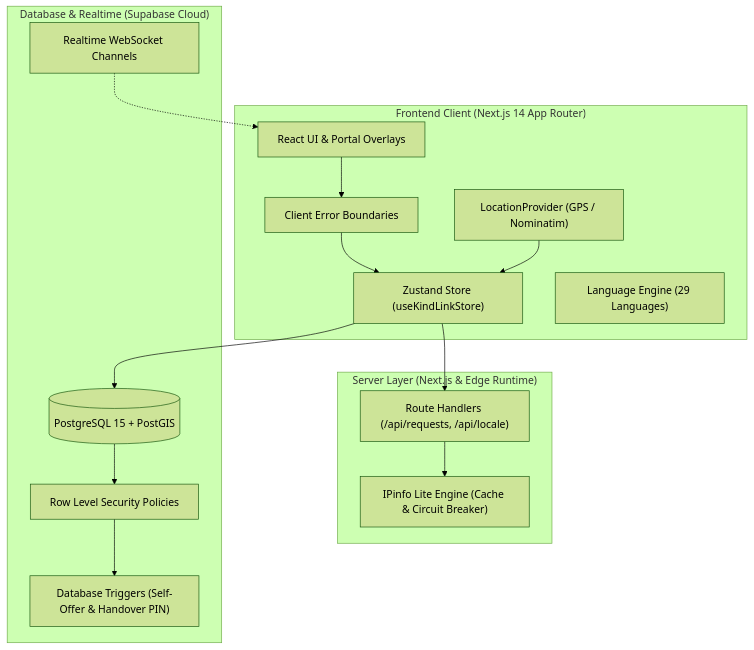
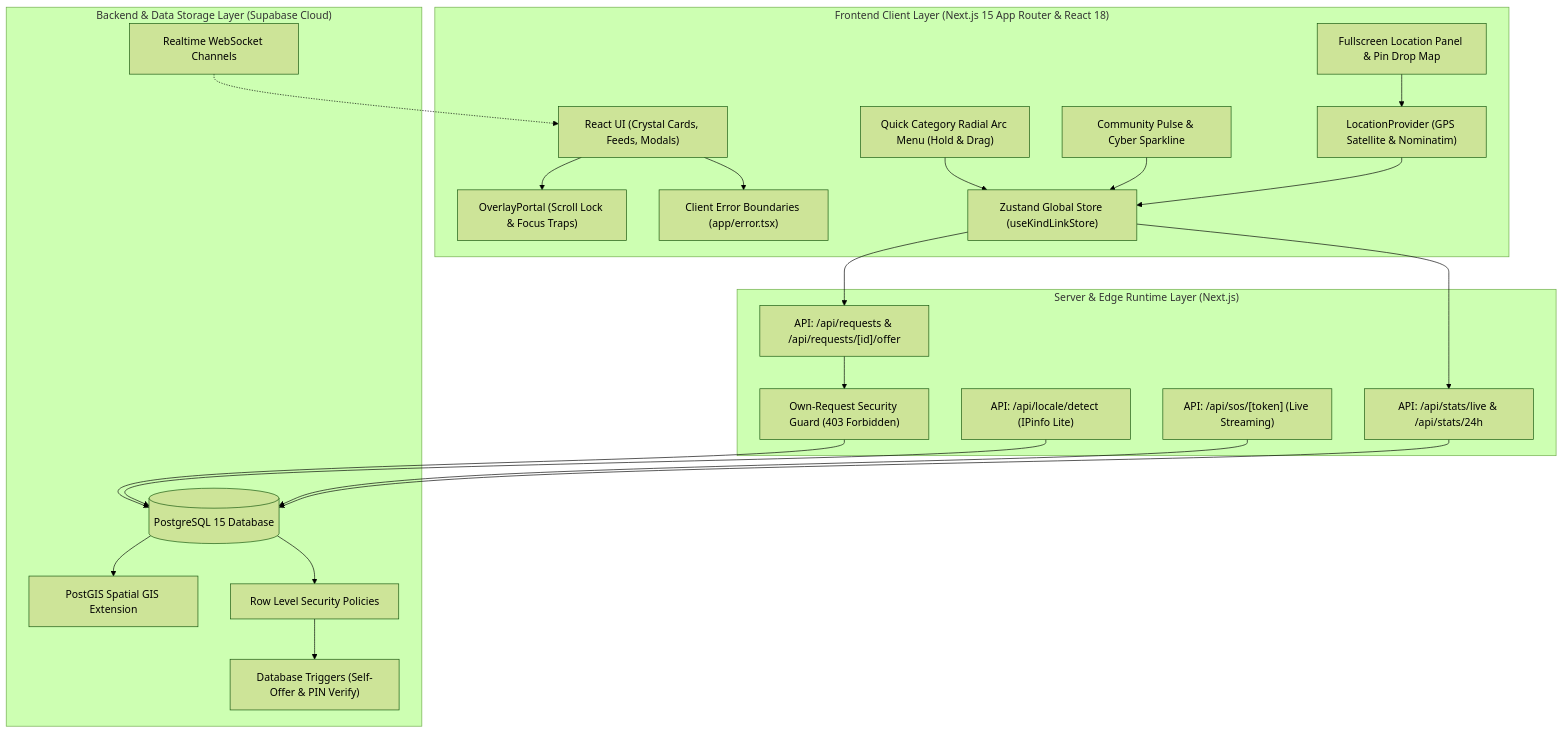
The second of 2 diagrams in README.md (krishkumarcodes/KindLink), drawn with Mermaid (forest theme) before and after one commit. The commit also changed other lines of this file and 10 other files, not shown here.

````diff
--- a/README.md
+++ b/README.md
@@ -403,32 +463,47 @@
 ```mermaid
 flowchart TD
-    subgraph Client["Frontend Client (Next.js 14 App Router)"]
-        UI["React UI & Portal Overlays"]
-        Zustand["Zustand Store (useKindLinkStore)"]
-        Location["LocationProvider (GPS / Nominatim)"]
-        Translate["Language Engine (29 Languages)"]
-        ErrorBoundary["Client Error Boundaries"]
+    subgraph Client["Frontend Client Layer (Next.js 15 App Router & React 18)"]
+        UI["React UI (Crystal Cards, Feeds, Modals)"]
+        ArcMenu["Quick Category Radial Arc Menu (Hold & Drag)"]
+        Pulse["Community Pulse & Cyber Sparkline"]
+        LocPanel["Fullscreen Location Panel & Pin Drop Map"]
+        Zustand["Zustand Global Store (useKindLinkStore)"]
+        LocProvider["LocationProvider (GPS Satellite & Nominatim)"]
+        Overlays["OverlayPortal (Scroll Lock & Focus Traps)"]
+        ErrorB["Client Error Boundaries (app/error.tsx)"]
     end
 
-    subgraph Server["Server Layer (Next.js & Edge Runtime)"]
-        API["Route Handlers (/api/requests, /api/locale)"]
-        IPinfo["IPinfo Lite Engine (Cache & Circuit Breaker)"]
+    subgraph Server["Server & Edge Runtime Layer (Next.js)"]
+        API_Req["API: /api/requests & /api/requests/[id]/offer"]
+        API_Pulse["API: /api/stats/live & /api/stats/24h"]
+        API_Locale["API: /api/locale/detect (IPinfo Lite)"]
+        API_SOS["API: /api/sos/[token] (Live Streaming)"]
+        Guard["Own-Request Security Guard (403 Forbidden)"]
     end
 
-    subgraph Backend["Database & Realtime (Supabase Cloud)"]
-        Postgres[("PostgreSQL 15 + PostGIS")]
+    subgraph Backend["Backend & Data Storage Layer (Supabase Cloud)"]
+        Postgres[("PostgreSQL 15 Database")]
+        PostGIS["PostGIS Spatial GIS Extension"]
         RLS["Row Level Security Policies"]
-        Triggers["Database Triggers (Self-Offer & Handover PIN)"]
+        Triggers["Database Triggers (Self-Offer & PIN Verify)"]
         Realtime["Realtime WebSocket Channels"]
     end
 
-    UI --> ErrorBoundary
-    ErrorBoundary --> Zustand
-    Location --> Zustand
-    Zustand --> API
-    API --> IPinfo
-    Zustand --> Postgres
+    ArcMenu --> Zustand
+    Pulse --> Zustand
+    LocPanel --> LocProvider
+    LocProvider --> Zustand
+    UI --> Overlays
+    UI --> ErrorB
+    Zustand --> API_Req
+    Zustand --> API_Pulse
+    API_Req --> Guard
+    Guard --> Postgres
+    API_Pulse --> Postgres
+    API_Locale --> Postgres
+    API_SOS --> Postgres
+    Postgres --> PostGIS
     Postgres --> RLS
     RLS --> Triggers
     Realtime -.-> UI
 ```
````
